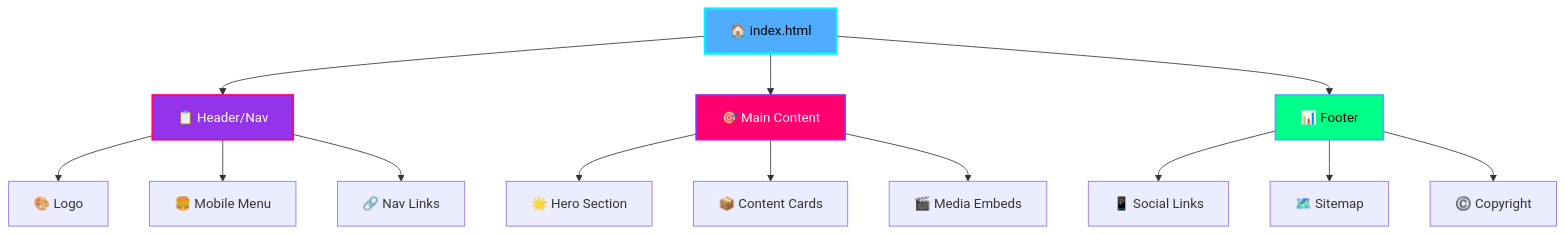
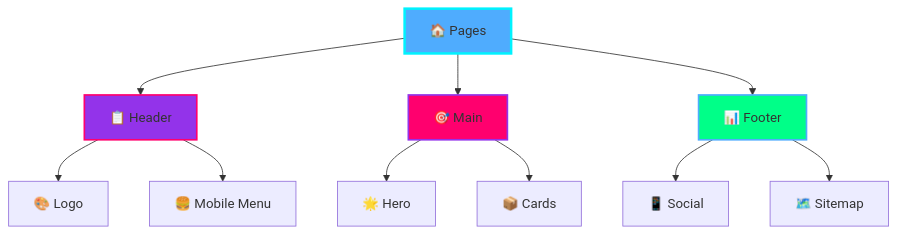
Before and after one commit to JaZeR-444/jazer-website-master-2026: the first of 2 diagrams in README.md, drawn with Mermaid. The commit also changed other lines of this file and 2 other files, not shown here.

Commit message:
Refactor: Complete README reorganization - cleaner structure, better navigation, logical flow, reduced from 2800+ to 600 lines while maintaining all content

````diff
--- a/README.md
+++ b/README.md
@@ -800,23 +171,17 @@
 ```mermaid
 graph TD
-    A[🏠 index.html] --> B[📋 Header/Nav]
-    A --> C[🎯 Main Content]
+    A[🏠 Pages] --> B[📋 Header]
+    A --> C[🎯 Main]
     A --> D[📊 Footer]
-    
     B --> E[🎨 Logo]
     B --> F[🍔 Mobile Menu]
-    B --> G[🔗 Nav Links]
+    C --> G[🌟 Hero]
+    C --> H[📦 Cards]
+    D --> I[📱 Social]
+    D --> J[🗺️ Sitemap]
     
-    C --> H[🌟 Hero Section]
-    C --> I[📦 Content Cards]
-    C --> J[🎬 Media Embeds]
-    
-    D --> K[📱 Social Links]
-    D --> L[🗺️ Sitemap]
-    D --> M[©️ Copyright]
-    
-    style A fill:#4FACFE,stroke:#00F2FE,stroke-width:3px,color:#000
-    style B fill:#9333EA,stroke:#FF006E,stroke-width:2px,color:#fff
-    style C fill:#FF006E,stroke:#9333EA,stroke-width:2px,color:#fff
-    style D fill:#00FF88,stroke:#4FACFE,stroke-width:2px,color:#000
+    style A fill:#4FACFE,stroke:#00F2FE,stroke-width:3px
+    style B fill:#9333EA,stroke:#FF006E,stroke-width:2px
+    style C fill:#FF006E,stroke:#9333EA,stroke-width:2px
+    style D fill:#00FF88,stroke:#4FACFE,stroke-width:2px
 ```
````
